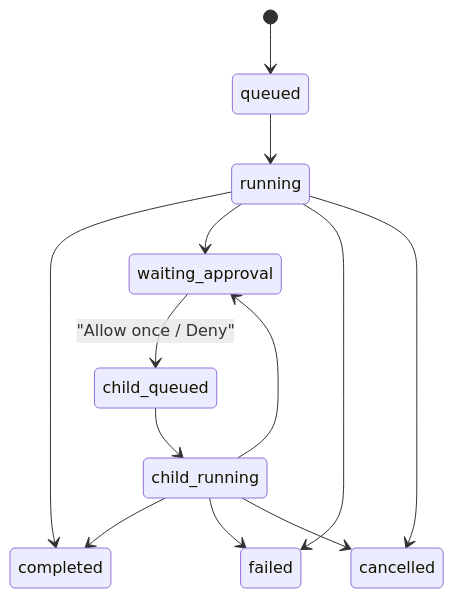
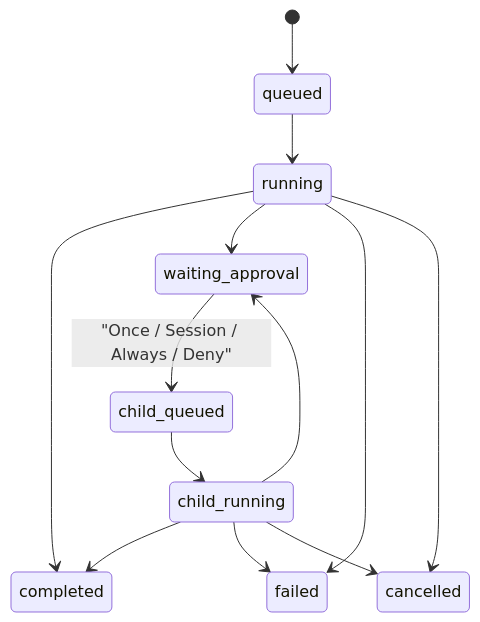
The seventh of 9 diagrams in docs/architecture/20260807_系统架构.md (NEDONION/lobster0), drawn with Mermaid before and after one commit. The commit also changed other lines of this file and 18 other files, not shown here.

````diff
--- a/docs/architecture/20260807_系统架构.md
+++ b/docs/architecture/20260807_系统架构.md
@@ -192,15 +200,15 @@
 ```mermaid
 stateDiagram-v2
     [*] --> queued
     queued --> running
     running --> completed
     running --> waiting_approval
     running --> failed
     running --> cancelled
-    waiting_approval --> child_queued: "Allow once / Deny"
+    waiting_approval --> child_queued: "Once / Session / Always / Deny"
     child_queued --> child_running
     child_running --> completed
     child_running --> waiting_approval
     child_running --> failed
     child_running --> cancelled
 ```
````
